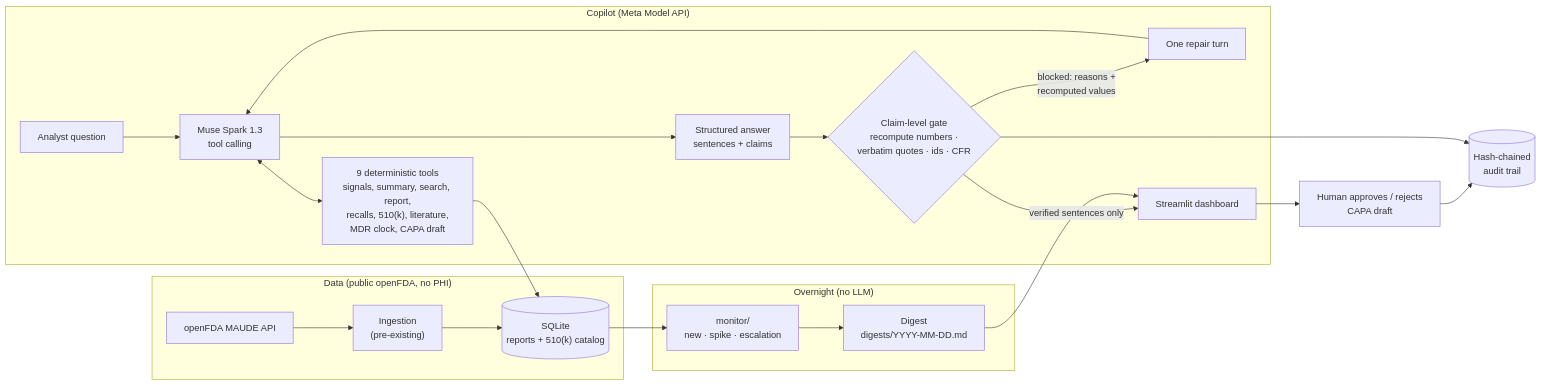
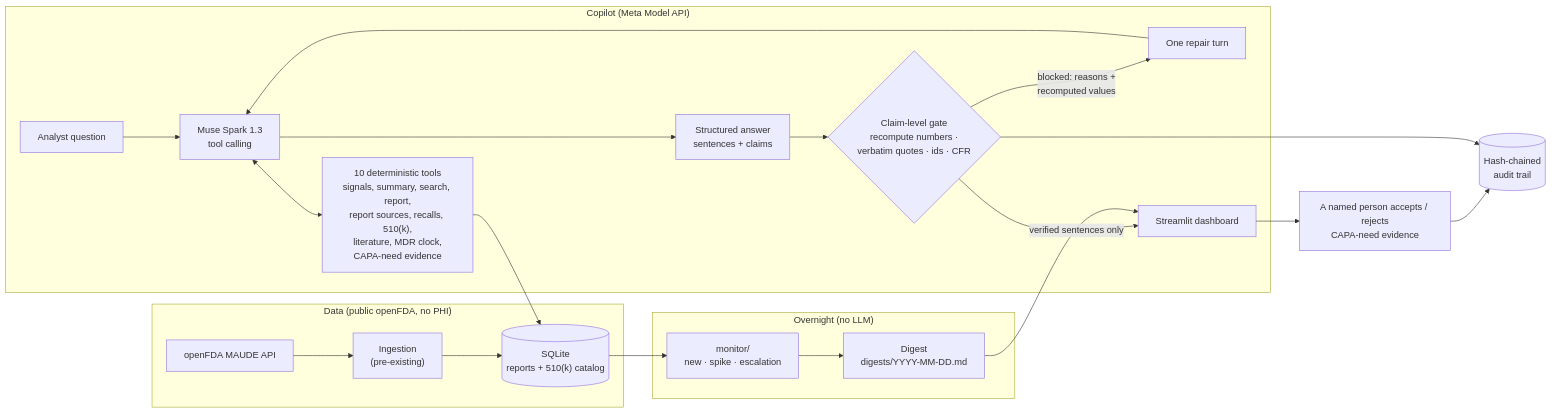
One commit to kondapallysaicharan63-bot/maudesignal changed the diagram in README.md. Above: the diagram before and after it, drawn with Mermaid. The commit also changed other lines of this file and 18 other files, not shown here.

````diff
--- a/README.md
+++ b/README.md
@@ -88,28 +135,28 @@
 ```mermaid
 flowchart LR
     subgraph data["Data (public openFDA, no PHI)"]
         FDA["openFDA MAUDE API"] --> ING["Ingestion<br/>(pre-existing)"]
         ING --> DB[("SQLite<br/>reports + 510(k) catalog")]
     end
 
     subgraph overnight["Overnight (no LLM)"]
         DB --> MON["monitor/<br/>new · spike · escalation"]
         MON --> DIG["Digest<br/>digests/YYYY-MM-DD.md"]
     end
 
     subgraph copilot["Copilot (Meta Model API)"]
         Q["Analyst question"] --> SPARK["Muse Spark 1.3<br/>tool calling"]
-        SPARK <--> TOOLS["9 deterministic tools<br/>signals, summary, search, report,<br/>recalls, 510(k), literature,<br/>MDR clock, CAPA draft"]
+        SPARK <--> TOOLS["10 deterministic tools<br/>signals, summary, search, report,<br/>report sources, recalls, 510(k),<br/>literature, MDR clock,<br/>CAPA-need evidence"]
         TOOLS --> DB
         SPARK --> ANS["Structured answer<br/>sentences + claims"]
         ANS --> GATE{"Claim-level gate<br/>recompute numbers ·<br/>verbatim quotes · ids · CFR"}
         GATE -- "blocked: reasons +<br/>recomputed values" --> REPAIR["One repair turn"]
         REPAIR --> SPARK
         GATE -- "verified sentences only" --> UI["Streamlit dashboard"]
     end
 
     DIG --> UI
-    UI --> ACT["Human approves / rejects<br/>CAPA draft"]
+    UI --> ACT["A named person accepts / rejects<br/>CAPA-need evidence"]
     ACT --> AUDIT[("Hash-chained<br/>audit trail")]
     GATE --> AUDIT
 ```
````
